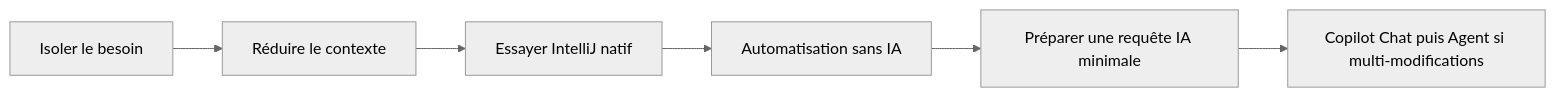
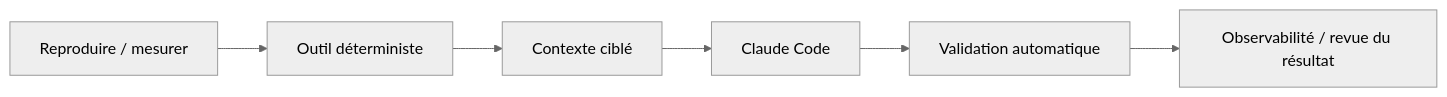
One commit to FTurleque/doc-utilisation-ia changed the diagram in docs/chapitre-13-outils-economies/index.md. Above: the diagram before and after it, drawn with Mermaid (neutral theme). The commit also changed other lines of this file and 261 other files, not shown here.

First line of the commit message:
docs: réorienter la documentation vers Claude Code en conservant Copilot (#27)

````diff
--- a/docs/chapitre-13-outils-economies/index.md
+++ b/docs/chapitre-13-outils-economies/index.md
@@ -236,8 +293,8 @@
 ```mermaid
-flowchart LR
-    A[Isoler le besoin] --> B[Réduire le contexte]
-    B --> C[Essayer IntelliJ natif]
-    C --> D[Automatisation sans IA]
-    D --> E[Préparer une requête IA minimale]
-    E --> F[Copilot Chat puis Agent si multi-modifications]
+graph LR
+    A["Reproduire / mesurer"] --> B["Outil déterministe"]
+    B --> C["Contexte ciblé"]
+    C --> D["Claude Code"]
+    D --> E["Validation automatique"]
+    E --> F["Observabilité / revue du résultat"]
 ```
````
